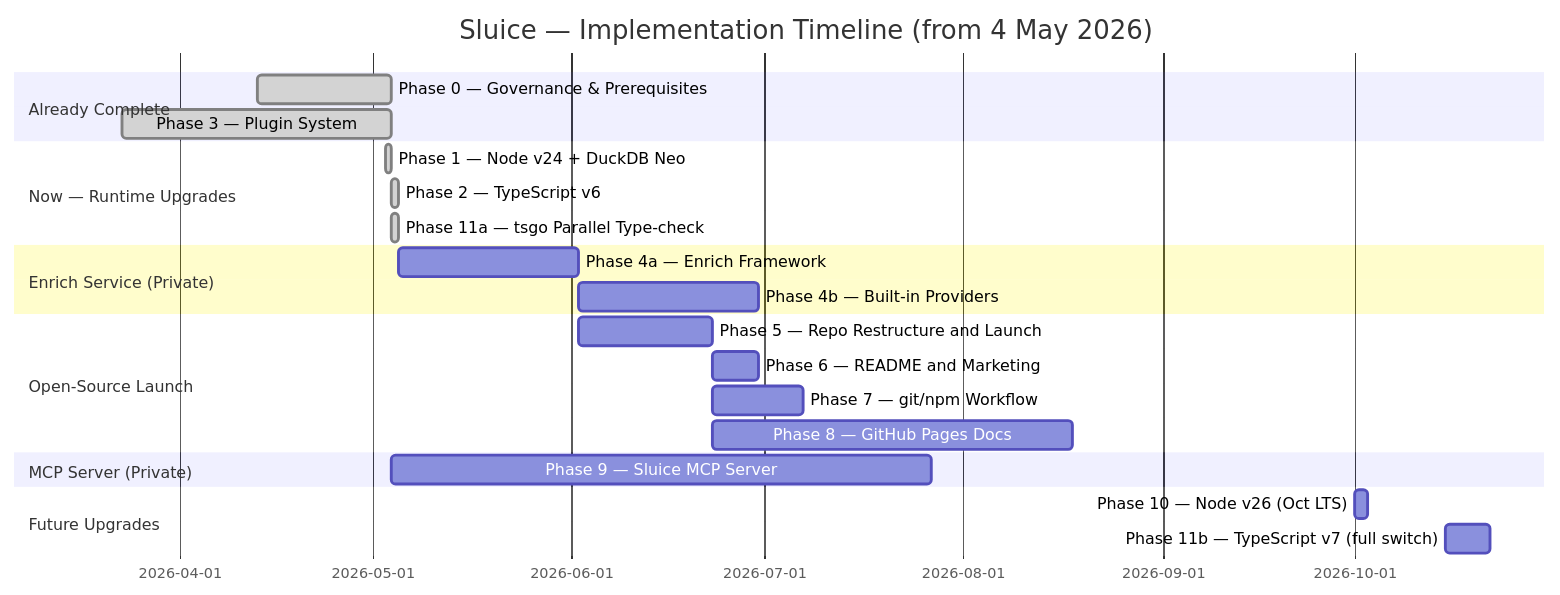
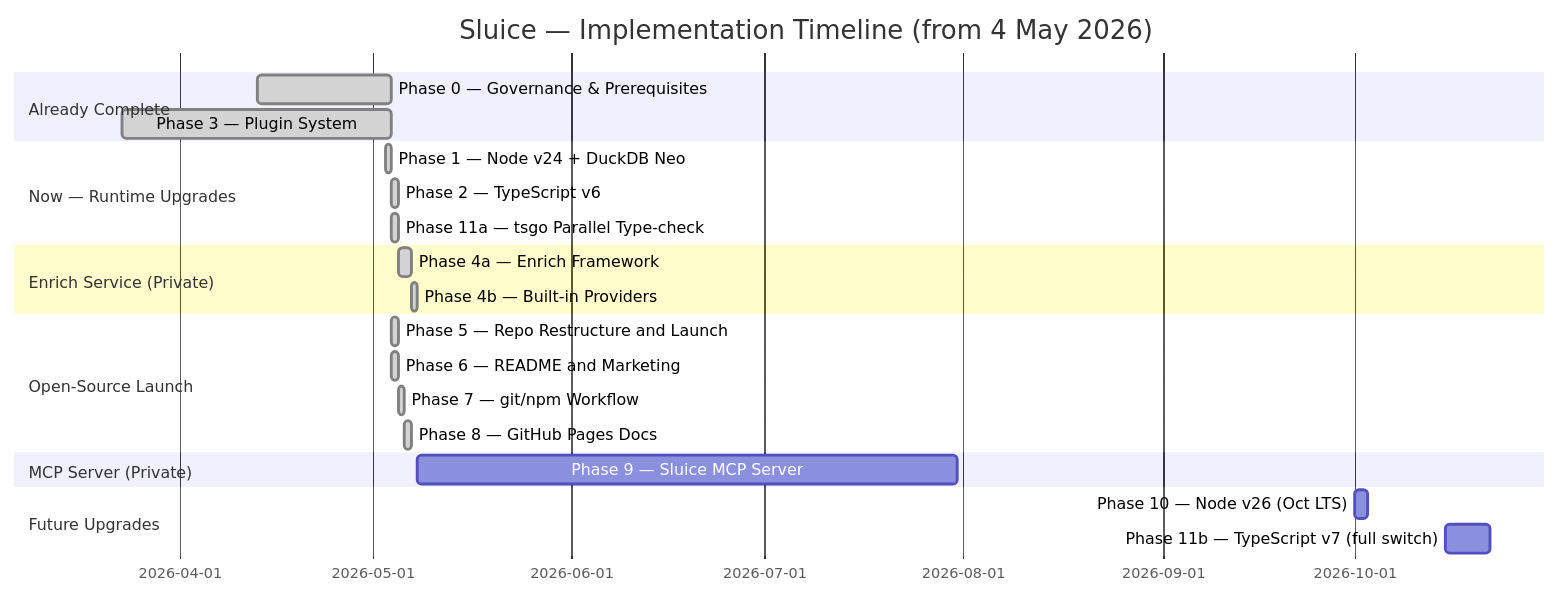
The third of 8 diagrams in docs/SLUICE-IMPLEMENTATION-PLAN.md (caracal-lynx/sluice), drawn with Mermaid before and after one commit. The commit also changed other lines of this file, not shown here.

````diff
--- a/docs/SLUICE-IMPLEMENTATION-PLAN.md
+++ b/docs/SLUICE-IMPLEMENTATION-PLAN.md
@@ -205,31 +205,31 @@
 ```mermaid
 gantt
     title Sluice — Implementation Timeline (from 4 May 2026)
     dateFormat YYYY-MM-DD
 
     section Already Complete
     Phase 0 — Governance & Prerequisites   :done, p0, 2026-04-13, 2026-05-04
     Phase 3 — Plugin System                :done, p3, 2026-03-23, 2026-05-04
 
     section Now — Runtime Upgrades
     Phase 1 — Node v24 + DuckDB Neo        :done, p1, 2026-05-03, 1d
     Phase 2 — TypeScript v6                :done, p2, 2026-05-04, 1d
     Phase 11a — tsgo Parallel Type-check   :done, p11a, 2026-05-04, 1d
 
     section Enrich Service (Private)
-    Phase 4a — Enrich Framework            :p4a, after p2, 28d
-    Phase 4b — Built-in Providers          :p4b, after p4a, 28d
+    Phase 4a — Enrich Framework            :done, p4a, 2026-05-05, 2d
+    Phase 4b — Built-in Providers          :done, p4b, 2026-05-07, 1d
 
     section Open-Source Launch
-    Phase 5 — Repo Restructure and Launch  :p5, after p4a, 21d
-    Phase 6 — README and Marketing         :p6, after p5, 7d
-    Phase 7 — git/npm Workflow             :p7, after p5, 14d
-    Phase 8 — GitHub Pages Docs            :p8, after p5, 56d
+    Phase 5 — Repo Restructure and Launch  :done, p5, 2026-05-04, 1d
+    Phase 6 — README and Marketing         :done, p6, 2026-05-04, 1d
+    Phase 7 — git/npm Workflow             :done, p7, 2026-05-05, 1d
+    Phase 8 — GitHub Pages Docs            :done, p8, 2026-05-06, 1d
 
     section MCP Server (Private)
-    Phase 9 — Sluice MCP Server            :p9, 2026-05-04, 84d
+    Phase 9 — Sluice MCP Server            :p9, 2026-05-08, 84d
 
     section Future Upgrades
     Phase 10 — Node v26 (Oct LTS)          :p10, 2026-10-01, 2d
     Phase 11b — TypeScript v7 (full switch) :p11b, 2026-10-15, 7d
 ```
````
